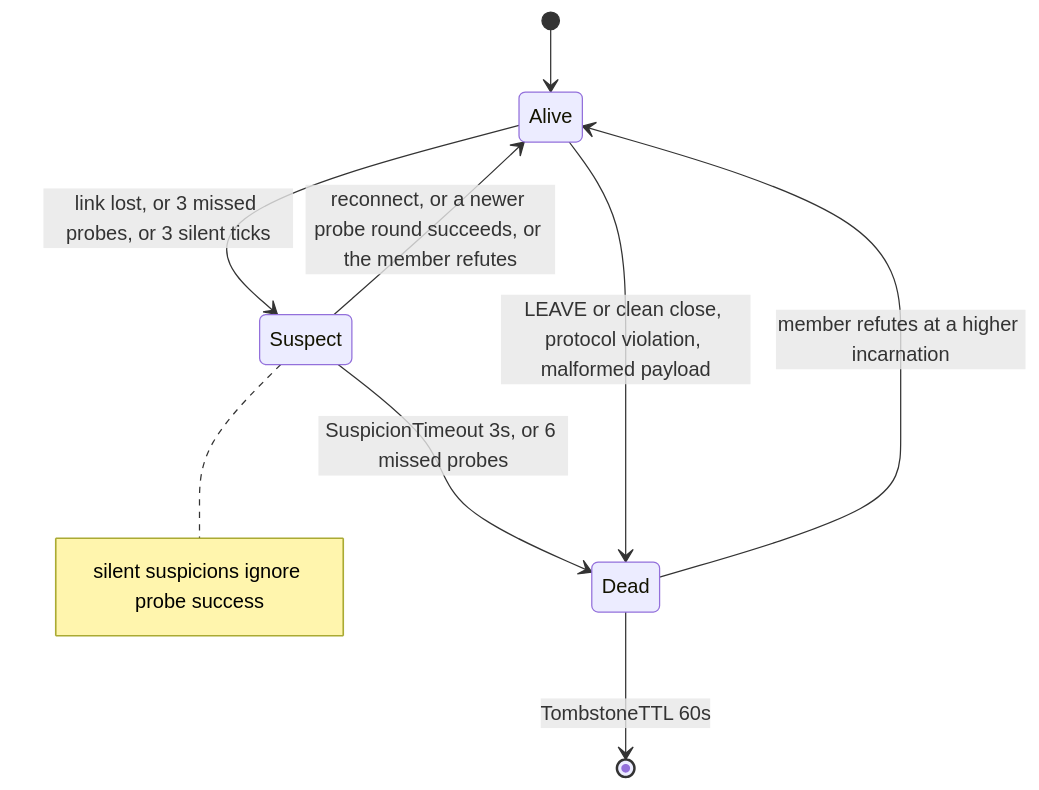
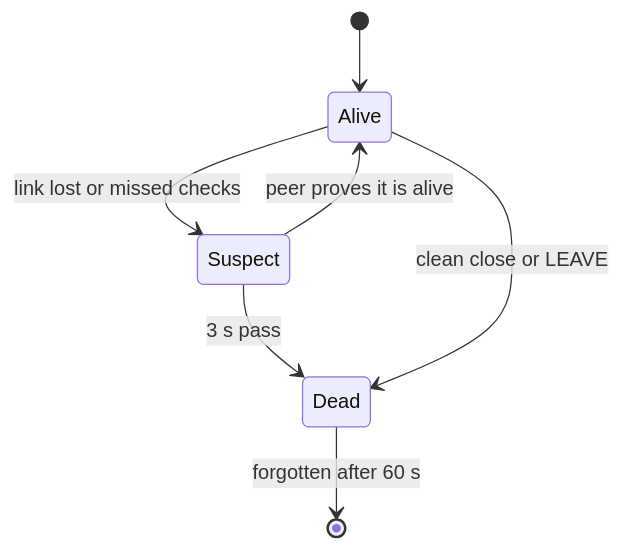
Before and after one commit to Aditya-Jyoti/swarm-communication: the first of 3 diagrams in docs/architecture/failure-detection-and-failover.md, drawn with Mermaid. The commit also changed other lines of this file and 1 other file, not shown here.

Commit message:
docs(architecture): simplify failover and merge convergence debugging

````diff
--- a/docs/architecture/failure-detection-and-failover.md
+++ b/docs/architecture/failure-detection-and-failover.md
@@ -28,13 +23,9 @@
 ```mermaid
 stateDiagram-v2
     [*] --> Alive
-    Alive --> Suspect: link lost, or 3 missed probes, or 3 silent ticks
-    Suspect --> Alive: reconnect, or a newer probe round succeeds, or the member refutes
-    Suspect --> Dead: SuspicionTimeout 3s, or 6 missed probes
-    Alive --> Dead: LEAVE or clean close, protocol violation, malformed payload
-    Dead --> Alive: member refutes at a higher incarnation
-    Dead --> [*]: TombstoneTTL 60s
-    note right of Suspect
-        silent suspicions ignore probe success
-    end note
+    Alive --> Suspect: link lost or missed checks
+    Suspect --> Alive: peer proves it is alive
+    Suspect --> Dead: 3 s pass
+    Alive --> Dead: clean close or LEAVE
+    Dead --> [*]: forgotten after 60 s
 ```
````
